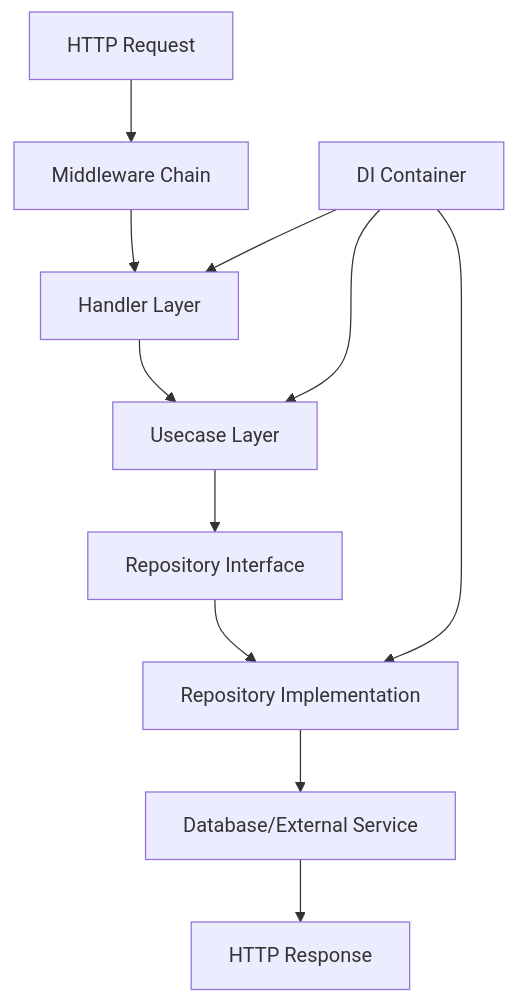
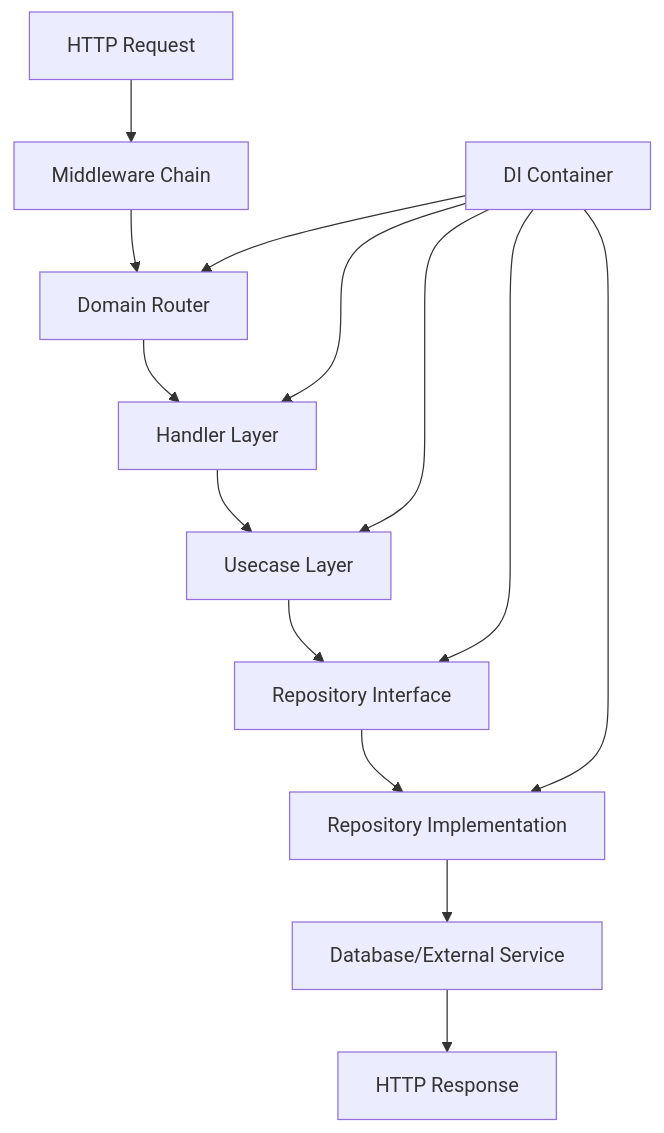
One commit to zercle/gofiber-skeleton changed the diagram in .agents/rules/memory-bank/architecture.md. Above: the diagram before and after it, drawn with Mermaid. The commit also changed other lines of this file and 63 other files, not shown here.

````diff
--- a/.agents/rules/memory-bank/architecture.md
+++ b/.agents/rules/memory-bank/architecture.md
@@ -44,14 +55,17 @@
 ```mermaid
 graph TD
     A[HTTP Request] --> B[Middleware Chain]
-    B --> C[Handler Layer]
-    C --> D[Usecase Layer]
-    D --> E[Repository Interface]
-    E --> F[Repository Implementation]
-    F --> G[Database/External Service]
-    G --> H[HTTP Response]
+    B --> C[Domain Router]
+    C --> D[Handler Layer]
+    D --> E[Usecase Layer]
+    E --> F[Repository Interface]
+    F --> G[Repository Implementation]
+    G --> H[Database/External Service]
+    H --> I[HTTP Response]
     
-    I[DI Container] --> C
-    I --> D
-    I --> F
+    J[DI Container] --> C
+    J --> D
+    J --> E
+    J --> F
+    J --> G
 ```
````
